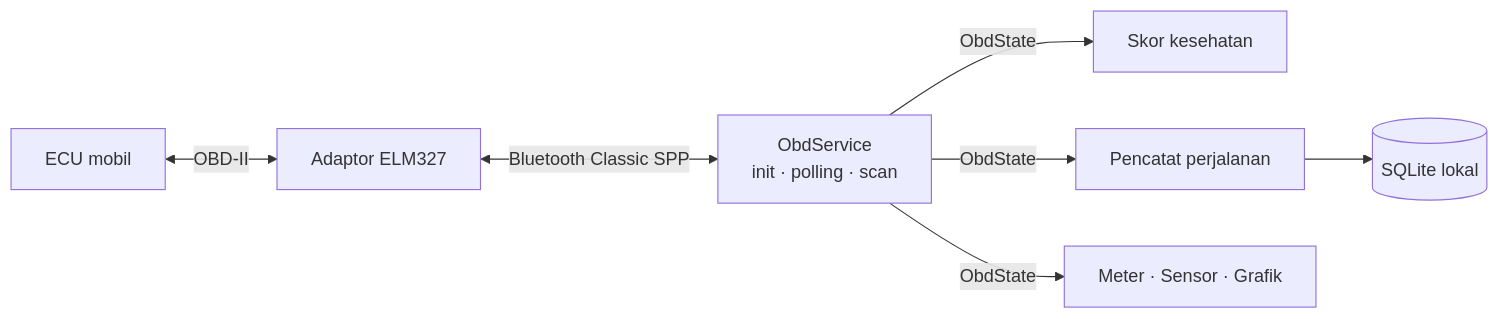
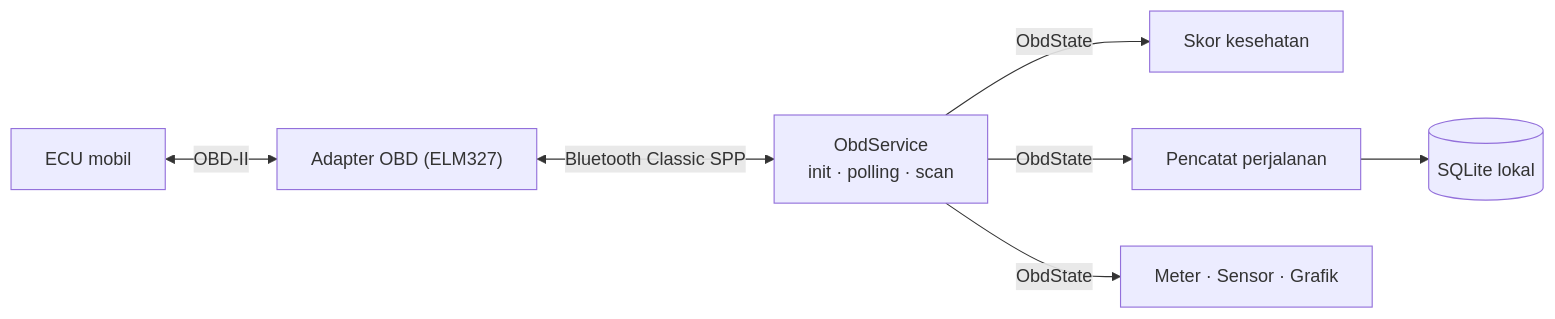
One commit to RulyOctareza/OBD-Scanner changed the diagram in README.md. Above: the diagram before and after it, drawn with Mermaid. The commit also changed other lines of this file and 13 other files, not shown here.

````diff
--- a/README.md
+++ b/README.md
@@ -70,9 +72,9 @@
 ```mermaid
 flowchart LR
-    ECU["ECU mobil"] <-->|OBD-II| ELM["Adaptor ELM327"]
+    ECU["ECU mobil"] <-->|OBD-II| ELM["Adapter OBD (ELM327)"]
     ELM <-->|"Bluetooth Classic SPP"| SVC["ObdService<br/>init · polling · scan"]
     SVC -->|ObdState| HE["Skor kesehatan"]
     SVC -->|ObdState| TR["Pencatat perjalanan"]
     SVC -->|ObdState| UI["Meter · Sensor · Grafik"]
     TR --> DB[("SQLite lokal")]
 ```
````
